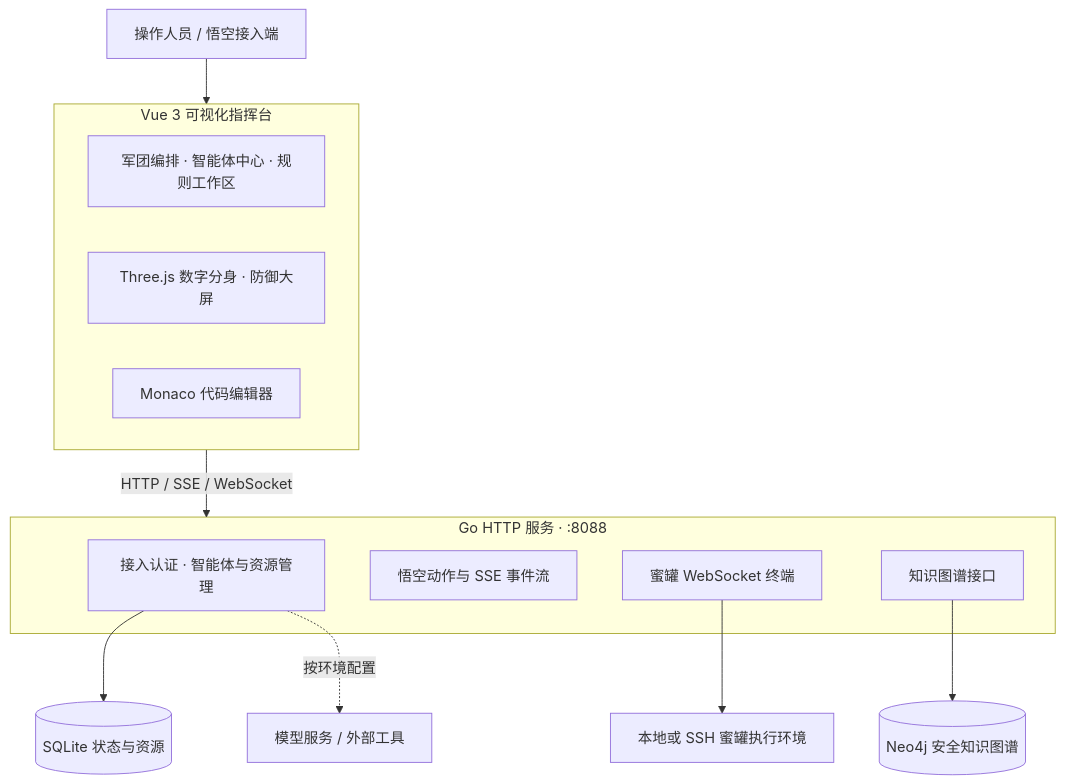
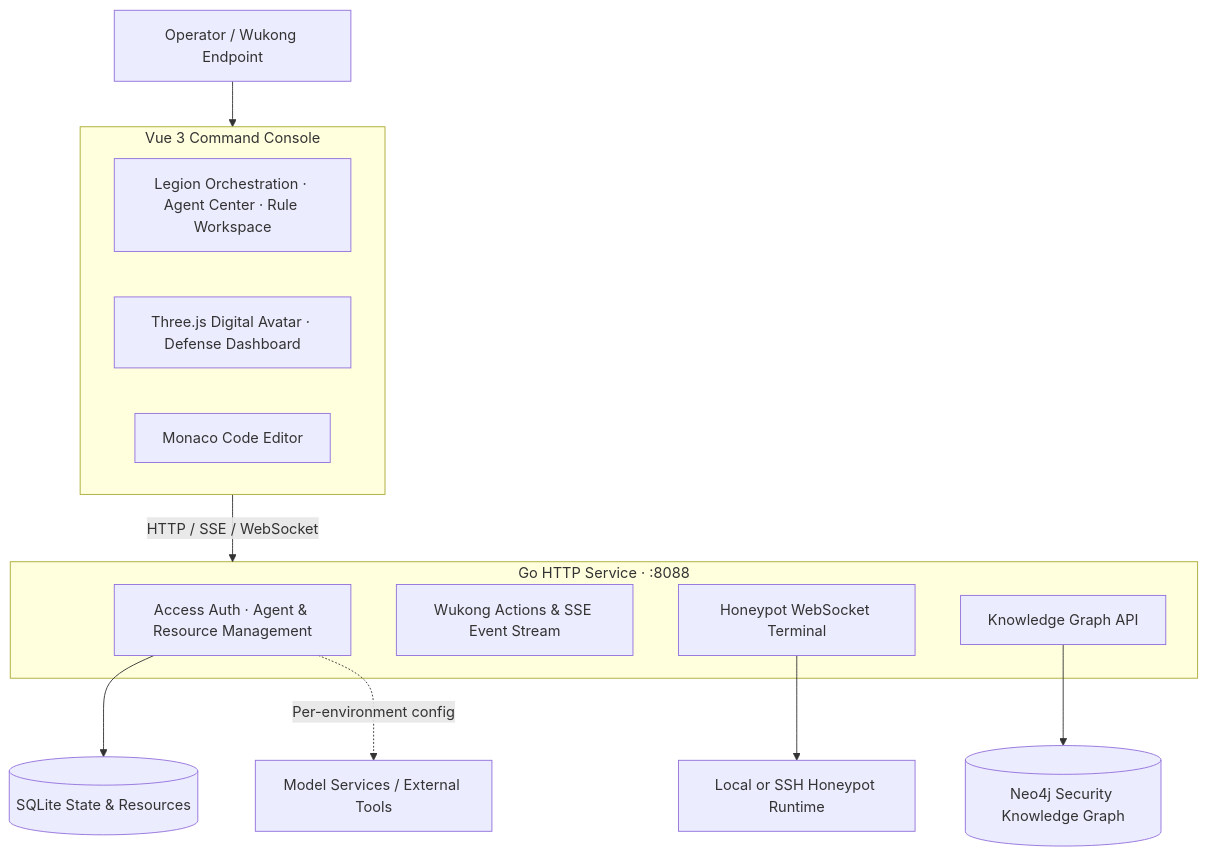
The second of 2 diagrams in README.md (Advinsu/see-danger-everywhere), drawn with Mermaid before and after one commit. The commit also changed other lines of this file and 2 other files, not shown here.

````diff
--- a/README.md
+++ b/README.md
@@ -75,21 +75,21 @@
 ```mermaid
 flowchart TB
-    User[操作人员 / 悟空接入端]
-    subgraph Frontend[Vue 3 可视化指挥台]
-        UI[军团编排 · 智能体中心 · 规则工作区]
-        View[Three.js 数字分身 · 防御大屏]
-        Editor[Monaco 代码编辑器]
+    User[Operator / Wukong Endpoint]
+    subgraph Frontend[Vue 3 Command Console]
+        UI[Legion Orchestration · Agent Center · Rule Workspace]
+        View[Three.js Digital Avatar · Defense Dashboard]
+        Editor[Monaco Code Editor]
     end
-    subgraph Backend[Go HTTP 服务 · :8088]
-        API[接入认证 · 智能体与资源管理]
-        Events[悟空动作与 SSE 事件流]
-        Terminal[蜜罐 WebSocket 终端]
-        Knowledge[知识图谱接口]
+    subgraph Backend[Go HTTP Service · :8088]
+        API[Access Auth · Agent & Resource Management]
+        Events[Wukong Actions & SSE Event Stream]
+        Terminal[Honeypot WebSocket Terminal]
+        Knowledge[Knowledge Graph API]
     end
     User --> Frontend
     Frontend -->|HTTP / SSE / WebSocket| Backend
-    API --> SQLite[(SQLite 状态与资源)]
-    Knowledge --> Neo4j[(Neo4j 安全知识图谱)]
-    Terminal --> Host[本地或 SSH 蜜罐执行环境]
-    API -. 按环境配置 .-> External[模型服务 / 外部工具]
+    API --> SQLite[(SQLite State & Resources)]
+    Knowledge --> Neo4j[(Neo4j Security Knowledge Graph)]
+    Terminal --> Host[Local or SSH Honeypot Runtime]
+    API -. Per-environment config .-> External[Model Services / External Tools]
 ```
````
